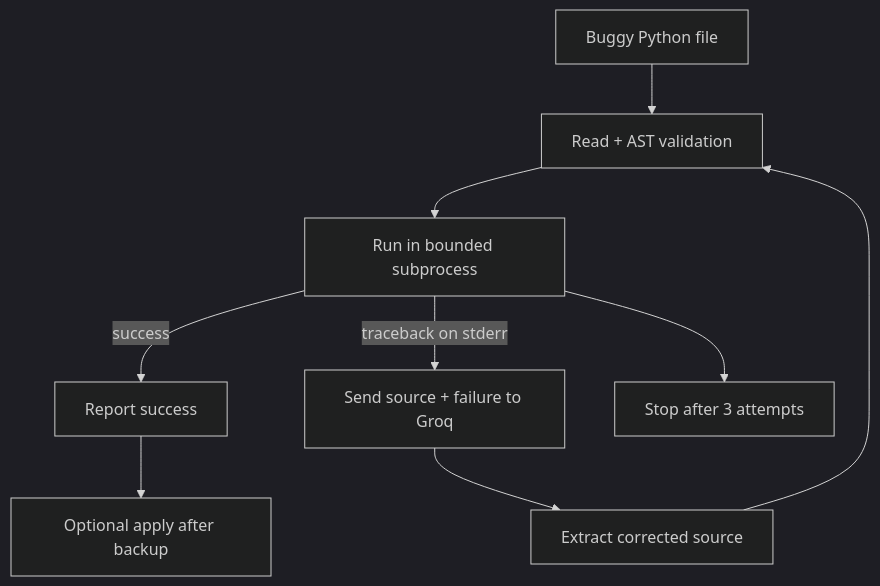
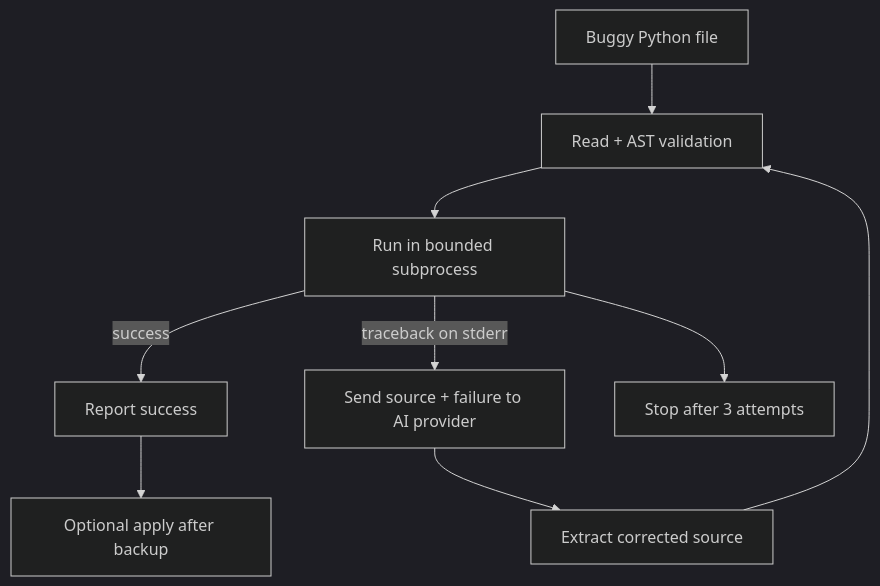
One commit to shallow2024/Day3-autonomous-code-refactoring-agent changed the diagram in README.md. Above: the diagram before and after it, drawn with Mermaid (dark theme). The commit also changed other lines of this file and 3 other files, not shown here.

````diff
--- a/README.md
+++ b/README.md
@@ -20,11 +20,11 @@
 ```mermaid
 flowchart TD
     A[Buggy Python file] --> B[Read + AST validation]
     B --> C[Run in bounded subprocess]
     C -->|success| D[Report success]
-    C -->|traceback on stderr| E[Send source + failure to Groq]
+    C -->|traceback on stderr| E[Send source + failure to AI provider]
     E --> F[Extract corrected source]
     F --> B
     C --> G[Stop after 3 attempts]
     D --> H[Optional apply after backup]
 ```
````
